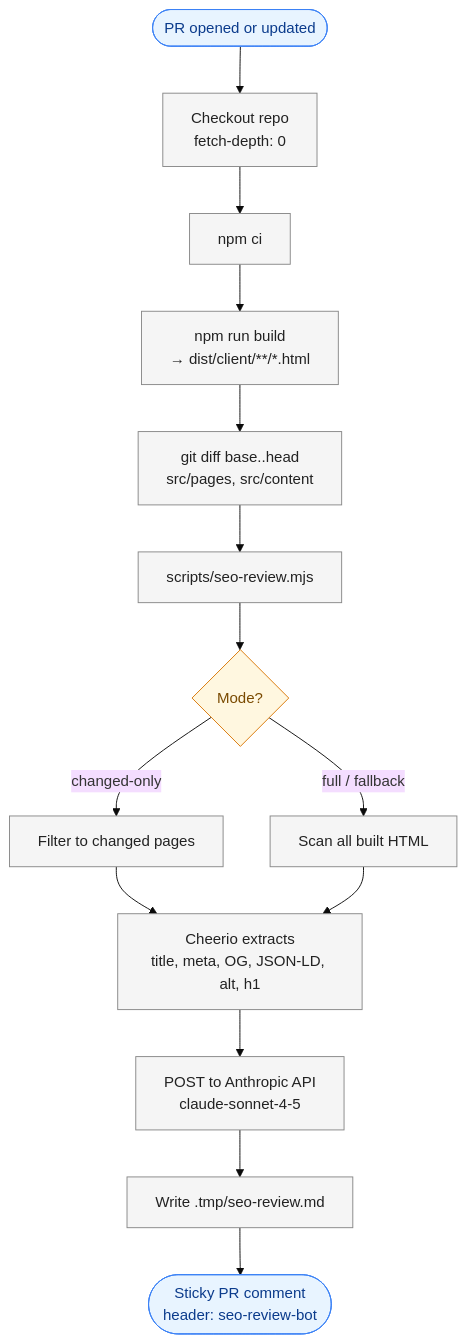
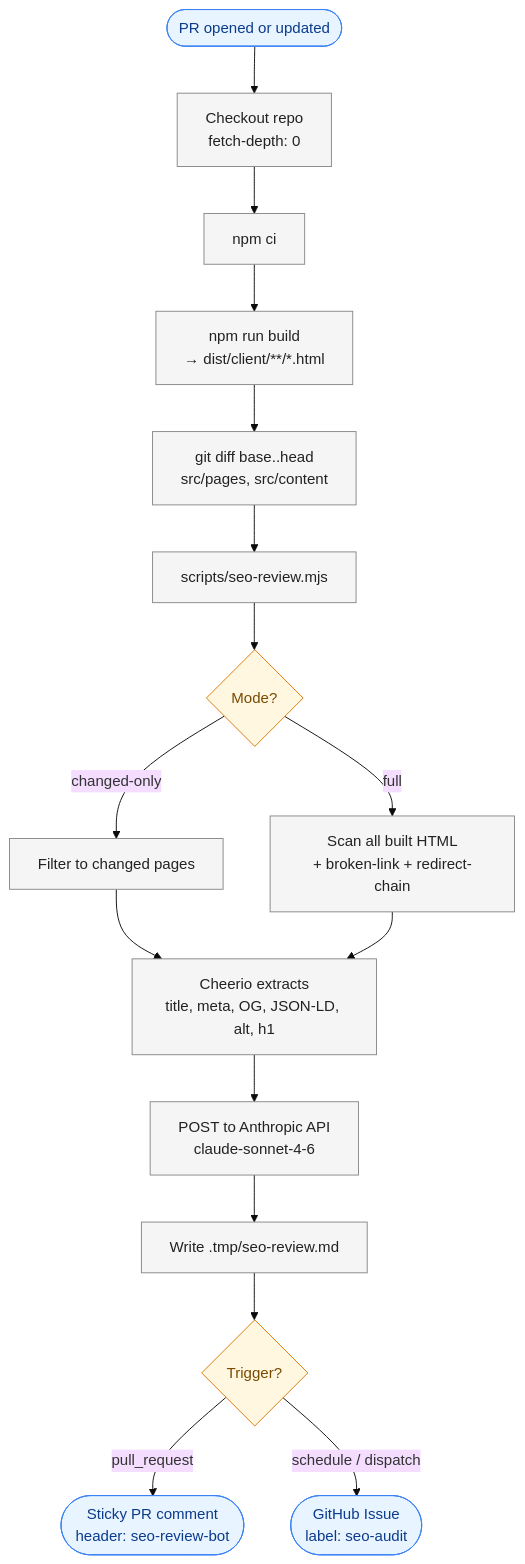
Before and after one commit to datum-cloud/datum.net: the first of 2 diagrams in docs/SEO_REVIEW_WORKFLOW.md, drawn with Mermaid (base theme). The commit also changed other lines of this file and 1 other file, not shown here.

First line of the commit message:
docs(seo): sync workflow doc and update .env.example

````diff
--- a/docs/SEO_REVIEW_WORKFLOW.md
+++ b/docs/SEO_REVIEW_WORKFLOW.md
@@ -19,23 +19,25 @@
 ```mermaid
 flowchart TD
     A([PR opened or updated]) --> B[Checkout repo<br/>fetch-depth: 0]
     B --> C[npm ci]
     C --> D[npm run build<br/>→ dist/client/**/*.html]
     D --> E[git diff base..head<br/>src/pages, src/content]
     E --> F[scripts/seo-review.mjs]
     F --> G{Mode?}
     G -->|changed-only| H[Filter to changed pages]
-    G -->|full / fallback| I[Scan all built HTML]
+    G -->|full| I[Scan all built HTML<br/>+ broken-link + redirect-chain]
     H --> J[Cheerio extracts<br/>title, meta, OG, JSON-LD, alt, h1]
     I --> J
-    J --> K[POST to Anthropic API<br/>claude-sonnet-4-5]
+    J --> K[POST to Anthropic API<br/>claude-sonnet-4-6]
     K --> L[Write .tmp/seo-review.md]
-    L --> M([Sticky PR comment<br/>header: seo-review-bot])
+    L --> M{Trigger?}
+    M -->|pull_request| N([Sticky PR comment<br/>header: seo-review-bot])
+    M -->|schedule / dispatch| O([GitHub Issue<br/>label: seo-audit])
 
     classDef io fill:#e8f4ff,stroke:#3b82f6,color:#0b3b8c;
     classDef step fill:#f5f5f5,stroke:#888,color:#222;
     classDef decision fill:#fff7e0,stroke:#d97706,color:#7a4a00;
-    class A,M io;
-    class G decision;
+    class A,N,O io;
+    class G,M decision;
     class B,C,D,E,F,H,I,J,K,L step;
 ```
````
